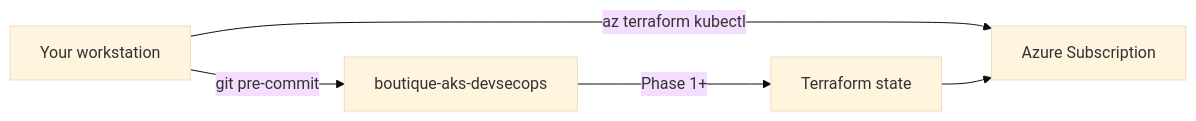
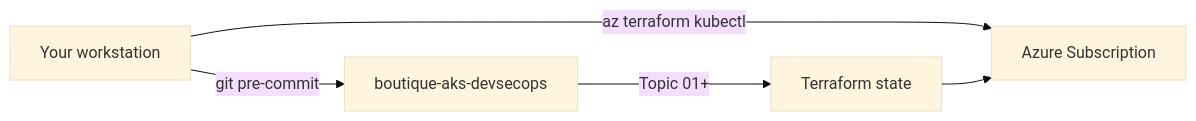
The diagram in docs/setup/00-prerequisites.md (btilki/boutique-aks-devsecops), drawn with Mermaid (base theme) before and after one commit. The commit also changed other lines of this file and 44 other files, not shown here.

````diff
--- a/docs/setup/00-prerequisites.md
+++ b/docs/setup/00-prerequisites.md
@@ -45,7 +48,7 @@
 ```mermaid
 flowchart LR
     YOU[Your workstation] -->|az terraform kubectl| AZURE[Azure Subscription]
     YOU -->|git pre-commit| REPO[boutique-aks-devsecops]
-    REPO -->|Phase 1+| TF[Terraform state]
+    REPO -->|Topic 01+| TF[Terraform state]
     TF --> AZURE
 ```
````
